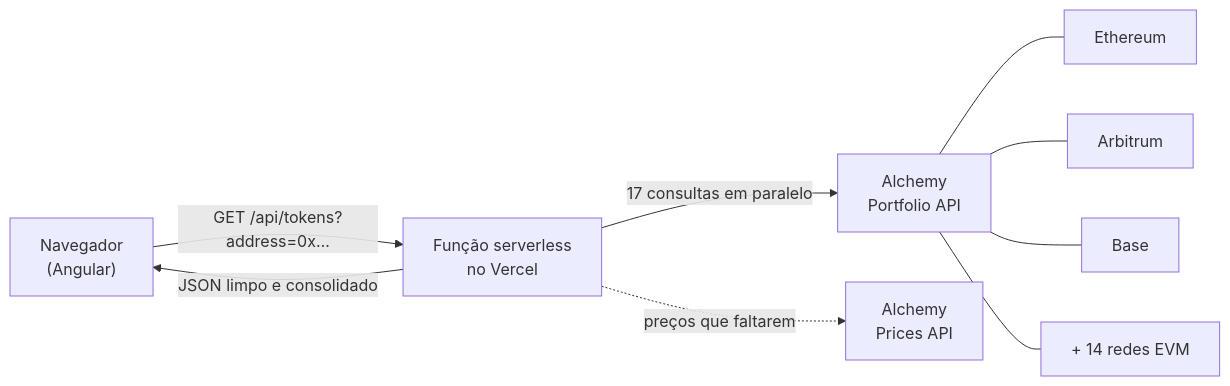
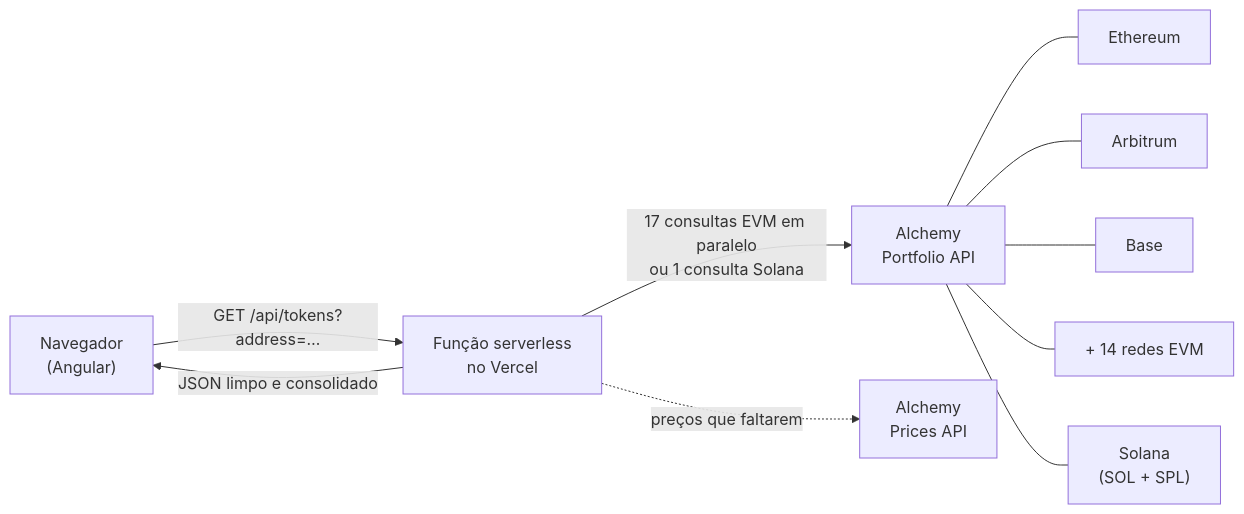
Before and after one commit to Gabriielfeliciano/DeFinance: the diagram in README.md, drawn with Mermaid. The commit also changed other lines of this file and 1 other file, not shown here.

Commit message:
docs: document Solana wallets

````diff
--- a/README.md
+++ b/README.md
@@ -46,11 +47,12 @@
 ```mermaid
 flowchart LR
-    U["Navegador<br/>(Angular)"] -->|"GET /api/tokens?address=0x…"| F["Função serverless<br/>no Vercel"]
-    F -->|"17 consultas em paralelo"| A["Alchemy<br/>Portfolio API"]
+    U["Navegador<br/>(Angular)"] -->|"GET /api/tokens?address=…"| F["Função serverless<br/>no Vercel"]
+    F -->|"17 consultas EVM em paralelo<br/>ou 1 consulta Solana"| A["Alchemy<br/>Portfolio API"]
     A --- E["Ethereum"]
     A --- R["Arbitrum"]
     A --- B["Base"]
     A --- M["+ 14 redes EVM"]
+    A --- S["Solana<br/>(SOL + SPL)"]
     F -.->|"preços que faltarem"| P["Alchemy<br/>Prices API"]
     F -->|"JSON limpo e consolidado"| U
 ```
````
